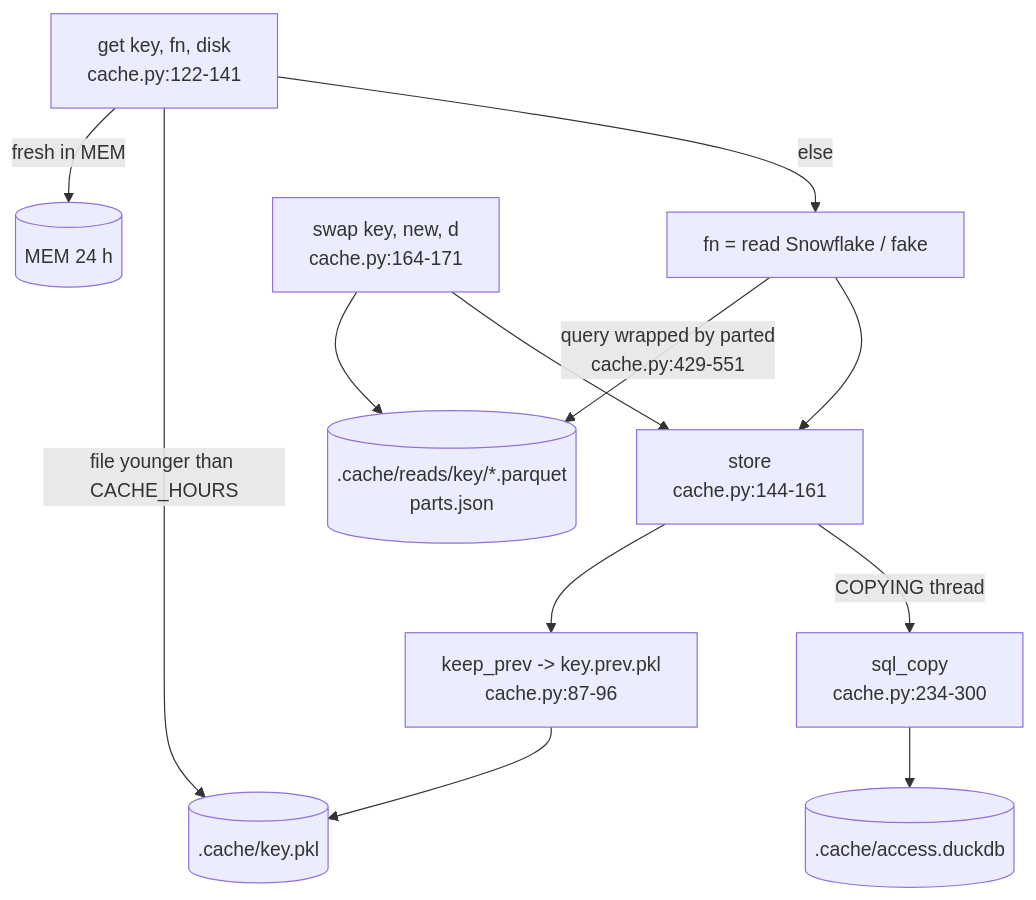
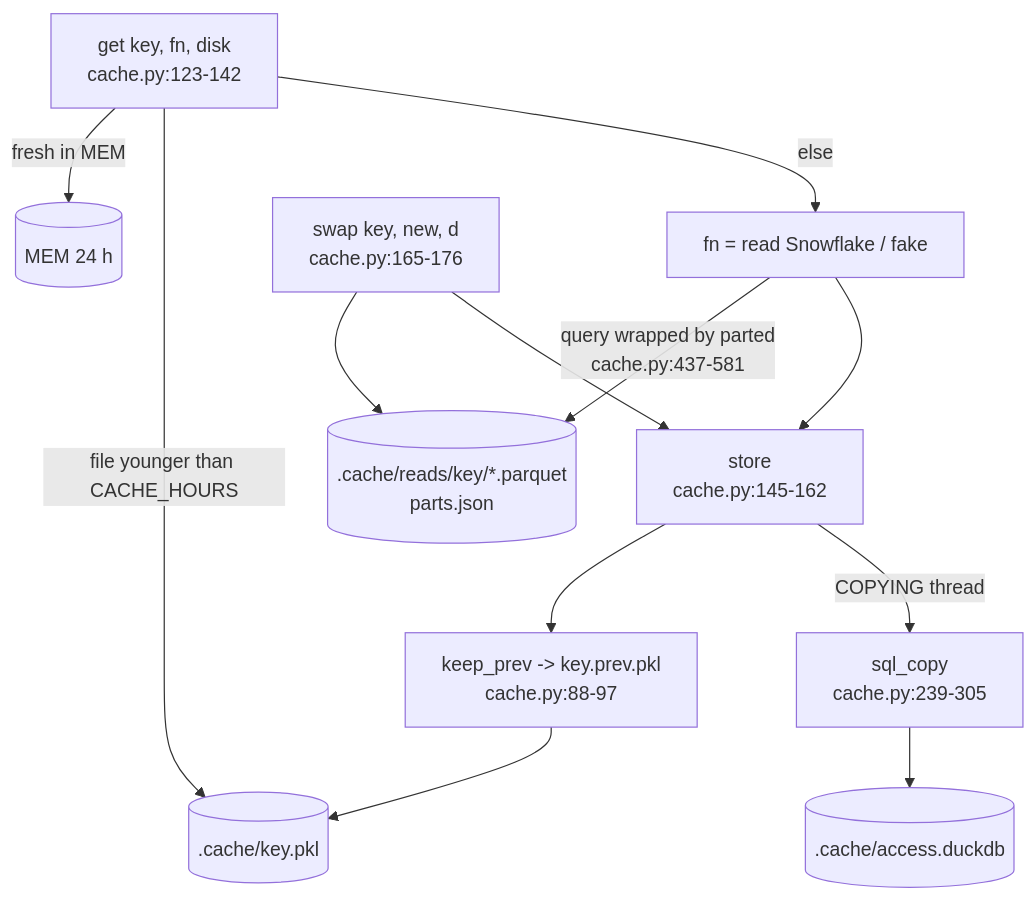
One commit to darshanmeel/snowflake-access-explorer changed the diagram in snowflake-access-explorer-knowledge-graph/modules/cache.md. Above: the diagram before and after it, drawn with Mermaid. The commit also changed other lines of this file and 86 other files, not shown here.

First line of the commit message:
Knowledge graph up to a71221c: paged pages, lazy graph boxes, read order, What changed at refresh, load steps

````diff
--- a/snowflake-access-explorer-knowledge-graph/modules/cache.md
+++ b/snowflake-access-explorer-knowledge-graph/modules/cache.md
@@ -6,14 +6,14 @@
 ```mermaid
 flowchart TD
-  G[get key, fn, disk<br/>cache.py:122-141] -->|fresh in MEM| M[(MEM 24 h)]
+  G[get key, fn, disk<br/>cache.py:123-142] -->|fresh in MEM| M[(MEM 24 h)]
   G -->|file younger than CACHE_HOURS| P[(.cache/key.pkl)]
   G -->|else| FN[fn = read Snowflake / fake]
-  FN -->|query wrapped by parted<br/>cache.py:429-551| RD[(.cache/reads/key/*.parquet<br/>parts.json)]
-  FN --> ST[store<br/>cache.py:144-161]
-  ST --> KP[keep_prev -> key.prev.pkl<br/>cache.py:87-96]
+  FN -->|query wrapped by parted<br/>cache.py:437-581| RD[(.cache/reads/key/*.parquet<br/>parts.json)]
+  FN --> ST[store<br/>cache.py:145-162]
+  ST --> KP[keep_prev -> key.prev.pkl<br/>cache.py:88-97]
   KP --> P
-  ST -->|COPYING thread| SQ[sql_copy<br/>cache.py:234-300]
+  ST -->|COPYING thread| SQ[sql_copy<br/>cache.py:239-305]
   SQ --> D[(.cache/access.duckdb)]
-  SW[swap key, new, d<br/>cache.py:164-171] --> RD
+  SW[swap key, new, d<br/>cache.py:165-176] --> RD
   SW --> ST
 ```
````
